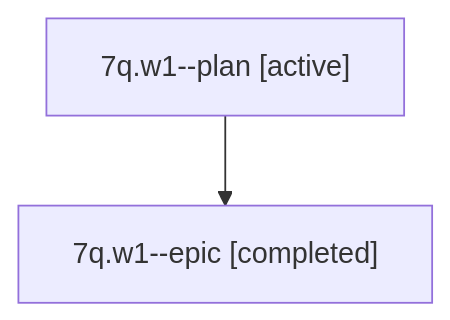
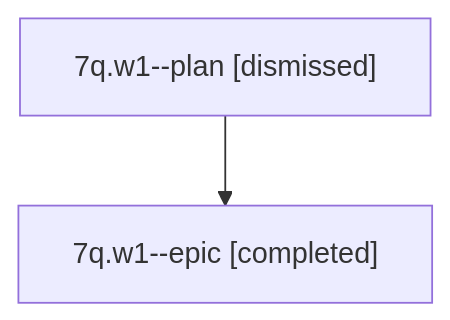
The diagram in sessions/bbugyi200.athena.7q.w1.md (sase-org/sase--agents), drawn with Mermaid before and after one commit. The commit also changed other lines of this file and 31 other files, not shown here.

````diff
--- a/sessions/bbugyi200.athena.7q.w1.md
+++ b/sessions/bbugyi200.athena.7q.w1.md
@@ -9,6 +9,6 @@
 ```mermaid
 flowchart TD
-  n0["7q.w1--plan [active]"]
+  n0["7q.w1--plan [dismissed]"]
   n1["7q.w1--epic [completed]"]
   n0 --> n1
 ```
````
